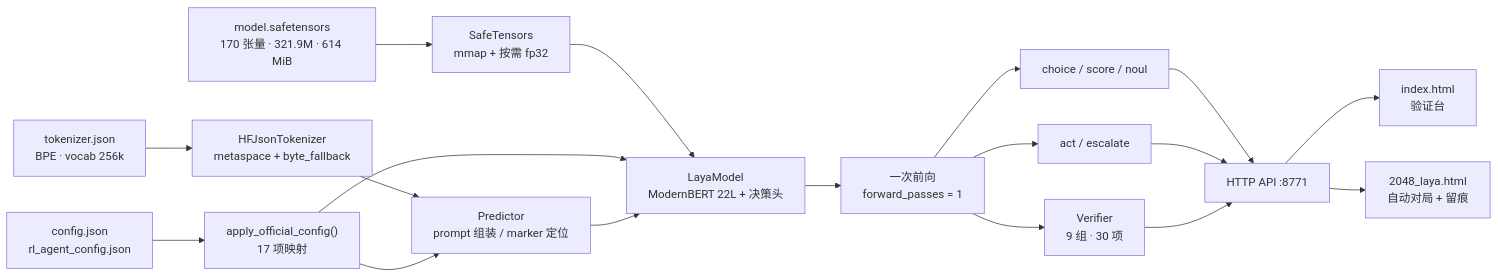
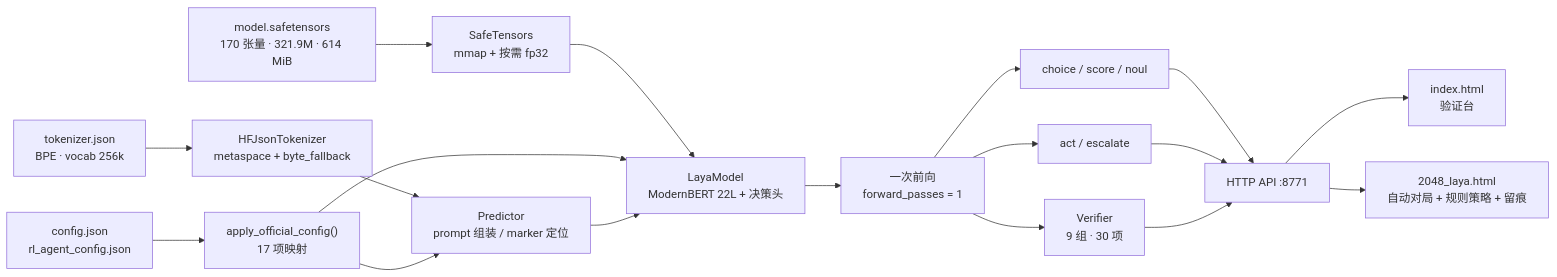
The diagram in README.md (loongWoong/jev-zen), drawn with Mermaid before and after one commit. The commit also changed other lines of this file and 8 other files, not shown here.

````diff
--- a/README.md
+++ b/README.md
@@ -53,23 +53,23 @@
 ```mermaid
 flowchart LR
     W["model.safetensors<br/>170 张量 · 321.9M · 614 MiB"] --> ST["SafeTensors<br/>mmap + 按需 fp32"]
     T["tokenizer.json<br/>BPE · vocab 256k"] --> TK["HFJsonTokenizer<br/>metaspace + byte_fallback"]
     C["config.json<br/>rl_agent_config.json"] --> OC["apply_official_config()<br/>17 项映射"]
 
     ST --> M["LayaModel<br/>ModernBERT 22L + 决策头"]
     OC --> M
     TK --> P["Predictor<br/>prompt 组装 / marker 定位"]
     OC --> P
     P --> M
 
     M --> F["一次前向<br/>forward_passes = 1"]
     F --> A["choice / score / noul"]
     F --> B["act / escalate"]
 
     F --> V["Verifier<br/>9 组 · 30 项"]
     A --> API["HTTP API :8771"]
     B --> API
     V --> API
     API --> U1["index.html<br/>验证台"]
-    API --> U2["2048_laya.html<br/>自动对局 + 留痕"]
+    API --> U2["2048_laya.html<br/>自动对局 + 规则策略 + 留痕"]
 ```
````
